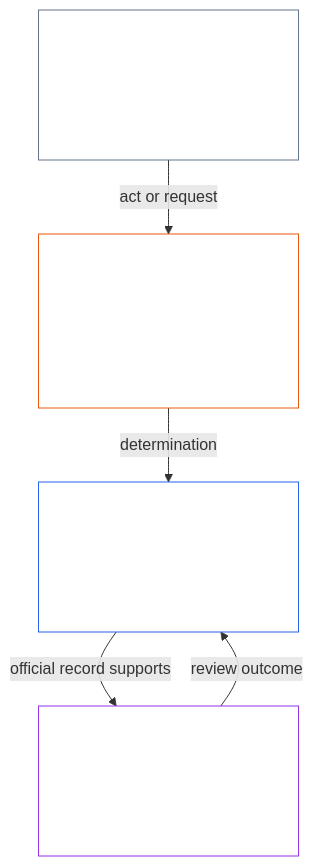
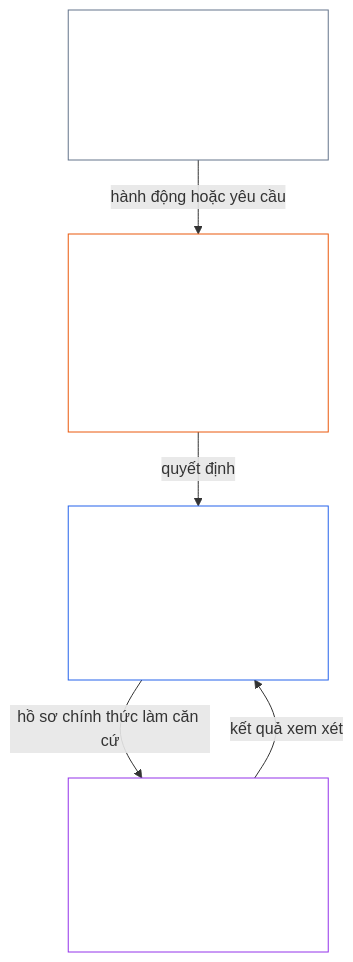
One commit to kfoelsch/Sentient_Constitution changed the first of 2 diagrams in project/translation_drafts/2026-11-26/ch00_ch01_resync/vi__core_01.000_constitutional_map.md. Above: the diagram before and after it, drawn with Mermaid. The commit also changed other lines of this file and 42 other files, not shown here.

````diff
--- a/project/translation_drafts/2026-11-26/ch00_ch01_resync/vi__core_01.000_constitutional_map.md
+++ b/project/translation_drafts/2026-11-26/ch00_ch01_resync/vi__core_01.000_constitutional_map.md
@@ -219,15 +219,15 @@
 ```mermaid
 flowchart TB
-    I["Initiating seat<br/><br/>Requests, proposes, operates,<br/>claims, or begins the act"]
-    V["Verify-or-authorize seat<br/><br/>Checks evidence and authority;<br/>verifies, authorizes, declines, or conditions"]
-    R["Official record-custody seat<br/><br/>Enters, amends, preserves,<br/>and publishes the Act Record"]
-    C["Challenge-review seat<br/><br/>Receives and reviews challenges;<br/>corrects, limits, or routes"]
-    I -->|act or request| V
-    V -->|determination| R
-    R -->|official record supports| C
-    C -->|review outcome| R
+    I["Vị trí khởi xướng<br/><br/>Yêu cầu, đề xuất, vận hành,<br/>đưa ra tuyên bố hoặc bắt đầu hành động"]
+    V["Vị trí xác minh hoặc cho phép<br/><br/>Kiểm tra bằng chứng và thẩm quyền;<br/>xác minh, cho phép, từ chối hoặc đặt điều kiện"]
+    R["Vị trí lưu giữ hồ sơ chính thức<br/><br/>Ghi, sửa đổi, bảo quản<br/>và công bố Hồ sơ Hành động"]
+    C["Vị trí xem xét khiếu nghị<br/><br/>Tiếp nhận và xem xét khiếu nghị;<br/>sửa chữa, giới hạn hoặc chuyển tuyến"]
+    I -->|hành động hoặc yêu cầu| V
+    V -->|quyết định| R
+    R -->|hồ sơ chính thức làm căn cứ| C
+    C -->|kết quả xem xét| R
     style I fill:none,stroke:#64748b,color:#ffffff
     style V fill:none,stroke:#ea580c,color:#ffffff
     style R fill:none,stroke:#2563eb,color:#ffffff
     style C fill:none,stroke:#9333ea,color:#ffffff
 ```
````
